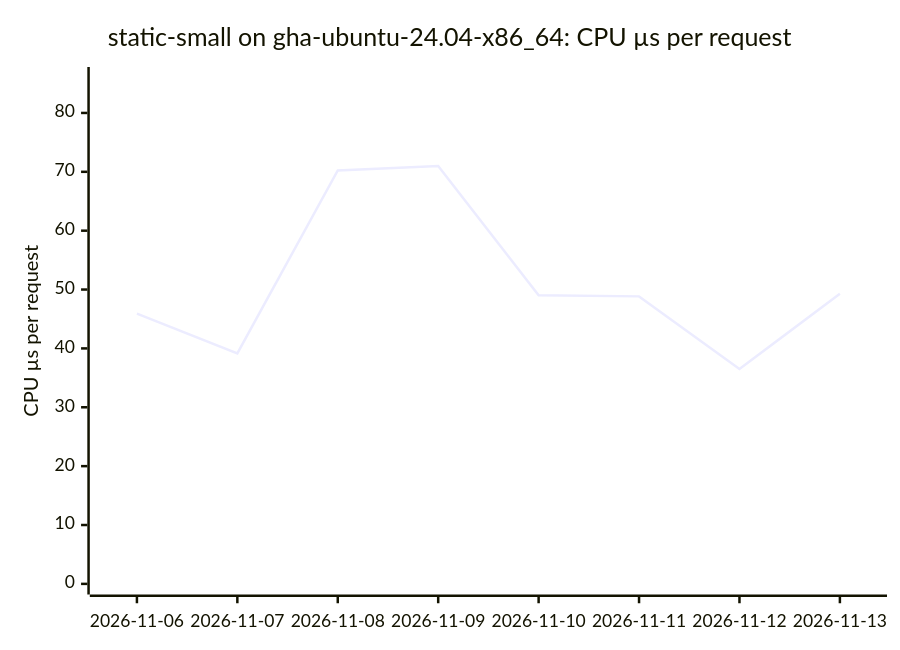
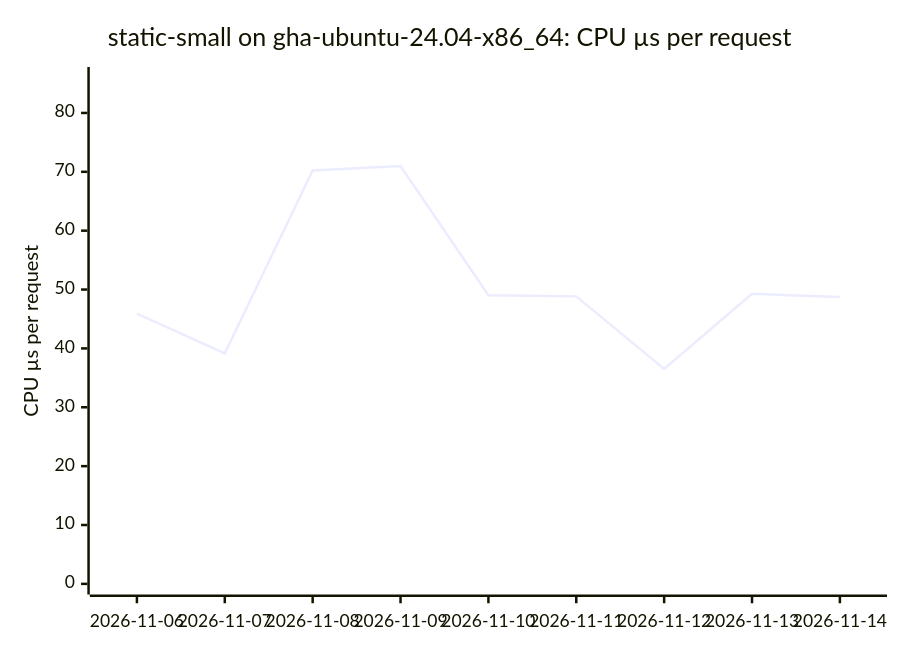
One commit to ThePixelPilgrim/durchlauferhitzer changed the first of 18 diagrams in BENCHMARKS.md. Above: the diagram before and after it, drawn with Mermaid. The commit also changed other lines of this file and 1 other file, not shown here.

````diff
--- a/BENCHMARKS.md
+++ b/BENCHMARKS.md
@@ -26,7 +26,7 @@
 ```mermaid
 xychart-beta
   title "static-small on gha-ubuntu-24.04-x86_64: CPU µs per request"
-  x-axis ["2026-11-06", "2026-11-07", "2026-11-08", "2026-11-09", "2026-11-10", "2026-11-11", "2026-11-12", "2026-11-13"]
+  x-axis ["2026-11-06", "2026-11-07", "2026-11-08", "2026-11-09", "2026-11-10", "2026-11-11", "2026-11-12", "2026-11-13", "2026-11-14"]
   y-axis "CPU µs per request" 0 --> 86
-  line [45.92, 39.16, 70.24, 70.98, 49.03, 48.84, 36.52, 49.28]
+  line [45.92, 39.16, 70.24, 70.98, 49.03, 48.84, 36.52, 49.28, 48.72]
 ```
````
